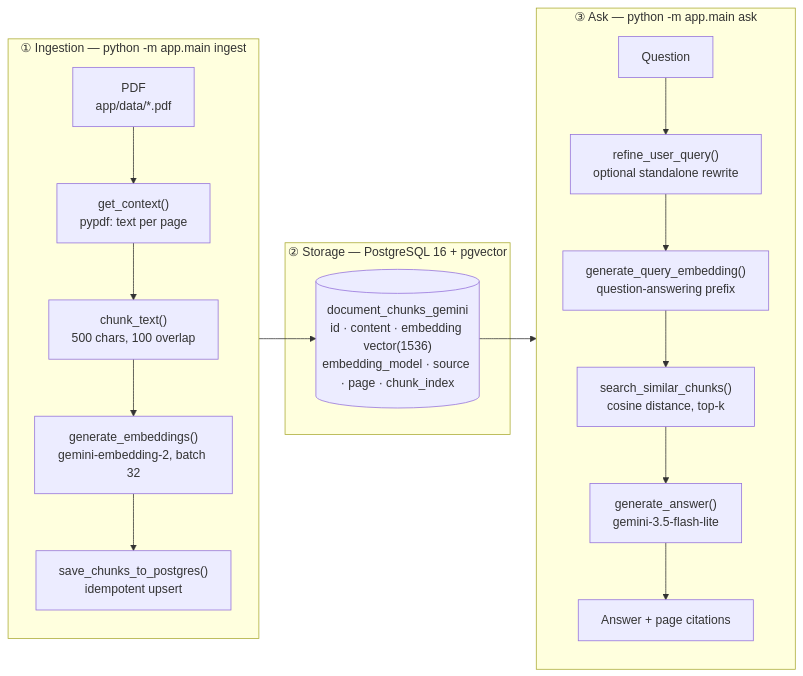
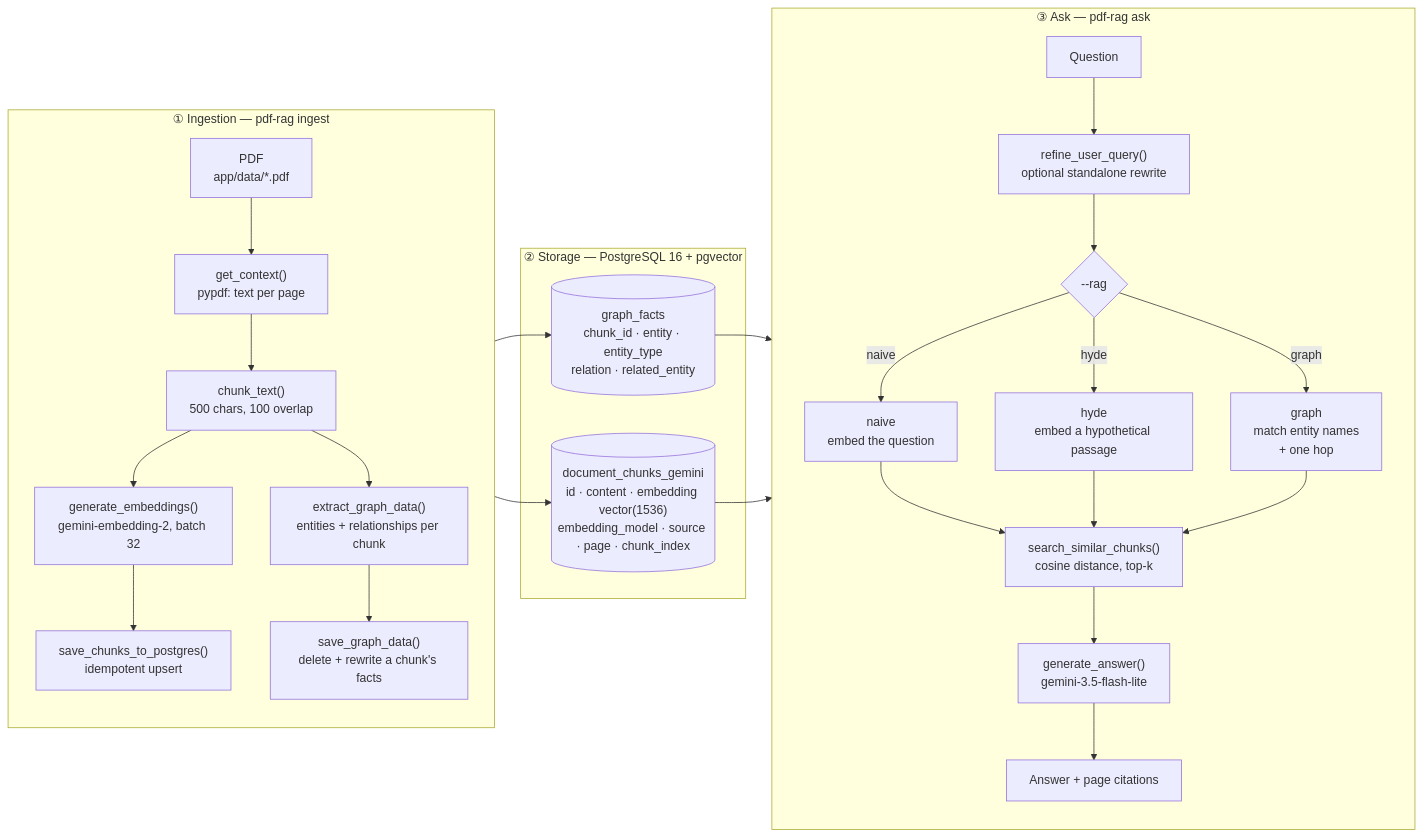
One commit to nithish-dev-03/pdf-rag changed the first of 3 diagrams in README.md. Above: the diagram before and after it, drawn with Mermaid. The commit also changed other lines of this file and 5 other files, not shown here.

Commit message:
feat: implement knowledge graph extraction and retrieval strategies (Graph RAG)

````diff
--- a/README.md
+++ b/README.md
@@ -18,32 +23,45 @@
 ```mermaid
 flowchart LR
-    subgraph ING["① Ingestion — python -m app.main ingest"]
+    subgraph ING["① Ingestion — pdf-rag ingest"]
         direction TB
         PDF["PDF<br/>app/data/*.pdf"]
         EXT["get_context()<br/>pypdf: text per page"]
         CHUNK["chunk_text()<br/>500 chars, 100 overlap"]
         EMB["generate_embeddings()<br/>gemini-embedding-2, batch 32"]
         UPS["save_chunks_to_postgres()<br/>idempotent upsert"]
+        EXTRACT["extract_graph_data()<br/>entities + relationships per chunk"]
+        GSAVE["save_graph_data()<br/>delete + rewrite a chunk's facts"]
 
         PDF --> EXT --> CHUNK --> EMB --> UPS
+        CHUNK --> EXTRACT --> GSAVE
     end
 
     subgraph DB["② Storage — PostgreSQL 16 + pgvector"]
         TBL[("document_chunks_gemini<br/>id · content · embedding vector(1536)<br/>embedding_model · source · page · chunk_index")]
+        GTBL[("graph_facts<br/>chunk_id · entity · entity_type<br/>relation · related_entity")]
     end
 
-    subgraph ASK["③ Ask — python -m app.main ask"]
+    subgraph ASK["③ Ask — pdf-rag ask"]
         direction TB
         Q["Question"]
         REW["refine_user_query()<br/>optional standalone rewrite"]
-        QEMB["generate_query_embedding()<br/>question-answering prefix"]
+        STRAT{"--rag"}
+        NAIVE["naive<br/>embed the question"]
+        HYDE["hyde<br/>embed a hypothetical passage"]
+        GRAPH["graph<br/>match entity names<br/>+ one hop"]
         SEARCH["search_similar_chunks()<br/>cosine distance, top-k"]
         GEN["generate_answer()<br/>gemini-3.5-flash-lite"]
         ANS["Answer + page citations"]
 
-        Q --> REW --> QEMB --> SEARCH --> GEN --> ANS
+        Q --> REW --> STRAT
+        STRAT -->|naive| NAIVE --> SEARCH
+        STRAT -->|hyde| HYDE --> SEARCH
+        STRAT -->|graph| GRAPH --> SEARCH
+        SEARCH --> GEN --> ANS
     end
 
     UPS --> TBL
+    GSAVE --> GTBL
+    GTBL --> GRAPH
     TBL --> SEARCH
 ```
````
